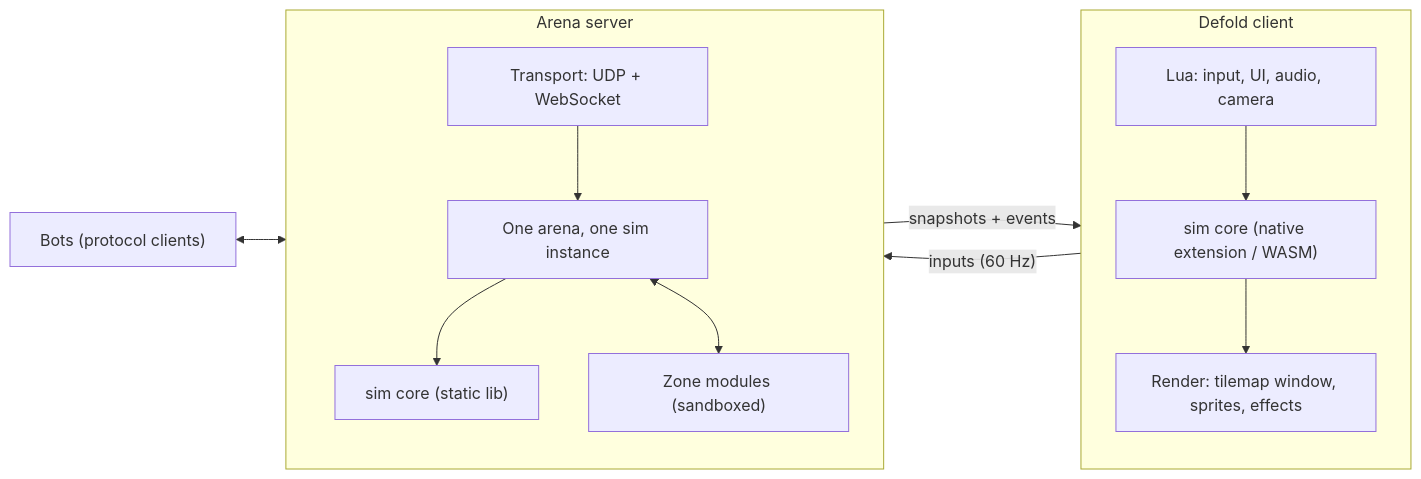
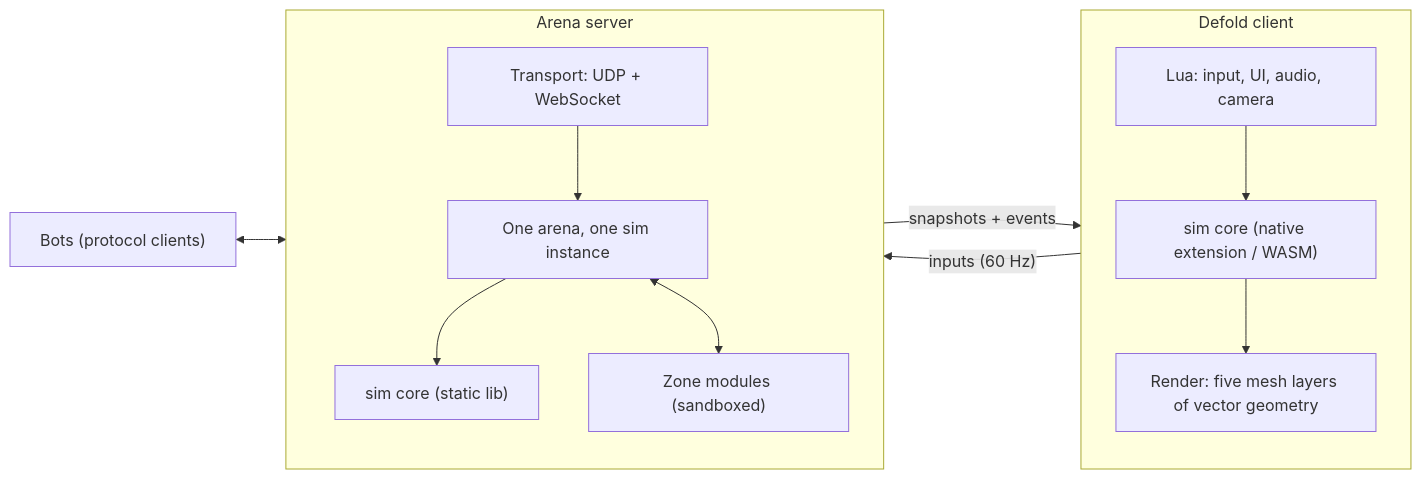
One commit to criccomini/vectorwake changed the diagram in docs/architecture/README.md. Above: the diagram before and after it, drawn with Mermaid. The commit also changed 4 other files, not shown here.

````diff
--- a/docs/architecture/README.md
+++ b/docs/architecture/README.md
@@ -56,23 +56,23 @@
 ```mermaid
 flowchart LR
     subgraph Client["Defold client"]
         L["Lua: input, UI, audio, camera"]
-        R["Render: tilemap window, sprites, effects"]
+        R["Render: five mesh layers of vector geometry"]
         SC1["sim core (native extension / WASM)"]
         L --> SC1
         SC1 --> R
     end
 
     subgraph Server["Arena server"]
         NET["Transport: UDP + WebSocket"]
         AR["One arena, one sim instance"]
         SC2["sim core (static lib)"]
         MOD["Zone modules (sandboxed)"]
         NET --> AR --> SC2
         AR <--> MOD
     end
 
     Client -- "inputs (60 Hz)" --> Server
     Server -- "snapshots + events" --> Client
     Bots["Bots (protocol clients)"] <--> Server
 ```
````
